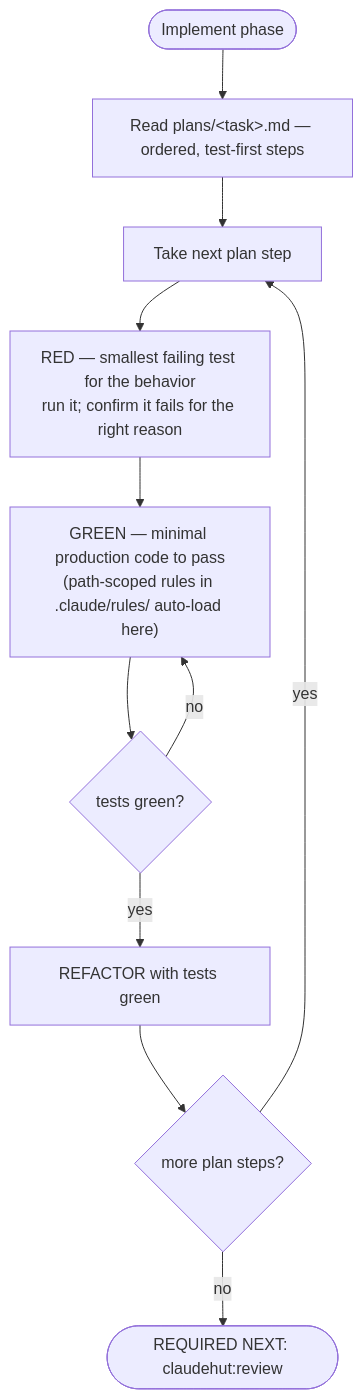
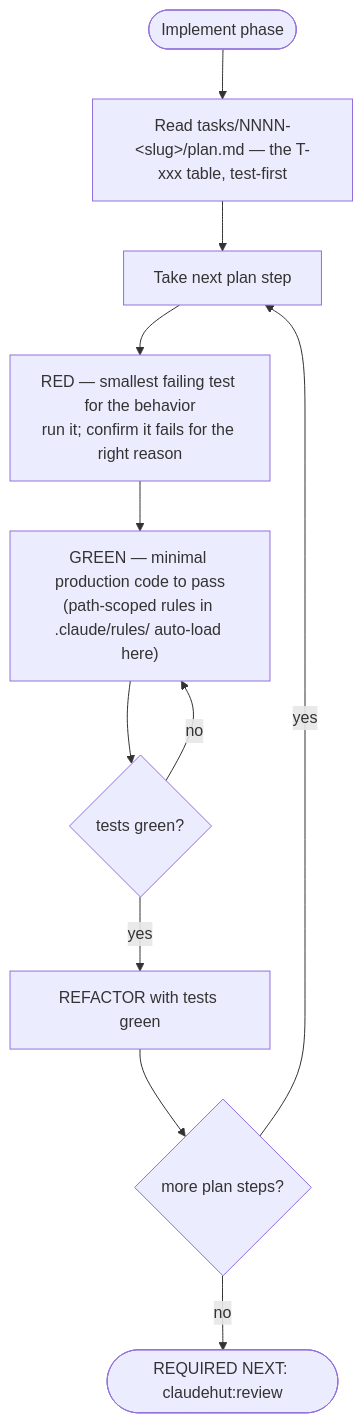
Before and after one commit to taipt1504/claudehut: the diagram in skills/implement/SKILL.md, drawn with Mermaid. The commit also changed other lines of this file and 30 other files, not shown here.

````diff
--- a/skills/implement/SKILL.md
+++ b/skills/implement/SKILL.md
@@ -32,13 +32,13 @@
 ```mermaid
 flowchart TB
-    start([Implement phase]) --> plan["Read plans/&lt;task&gt;.md — ordered, test-first steps"]
+    start([Implement phase]) --> plan["Read tasks/NNNN-&lt;slug&gt;/plan.md — the T-xxx table, test-first"]
     plan --> step["Take next plan step"]
     step --> red["RED — smallest failing test for the behavior<br/>run it; confirm it fails for the right reason"]
     red --> green["GREEN — minimal production code to pass<br/>(path-scoped rules in .claude/rules/ auto-load here)"]
     green --> rung{"tests green?"}
     rung -- no --> green
     rung -- yes --> refactor["REFACTOR with tests green"]
     refactor --> more{"more plan steps?"}
     more -- yes --> step
     more -- no --> done([REQUIRED NEXT: claudehut:review])
 ```
````
